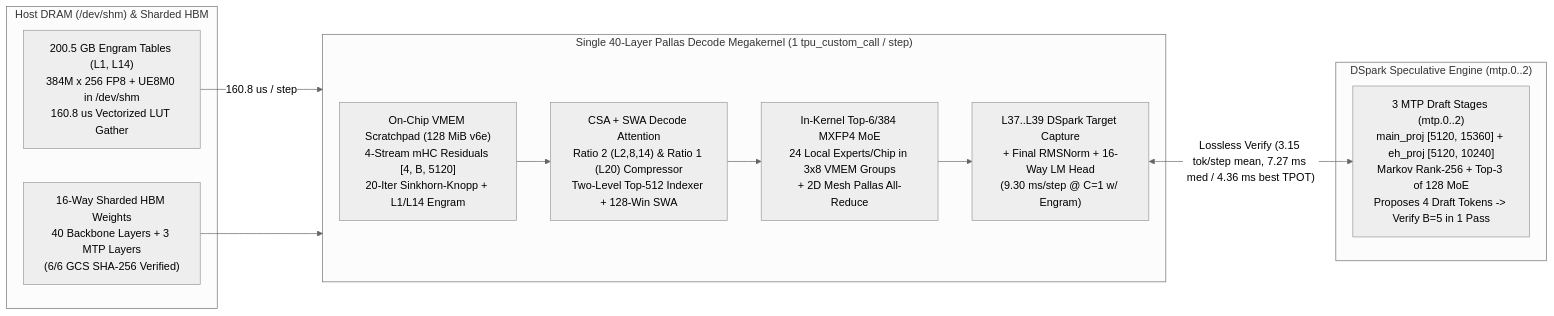
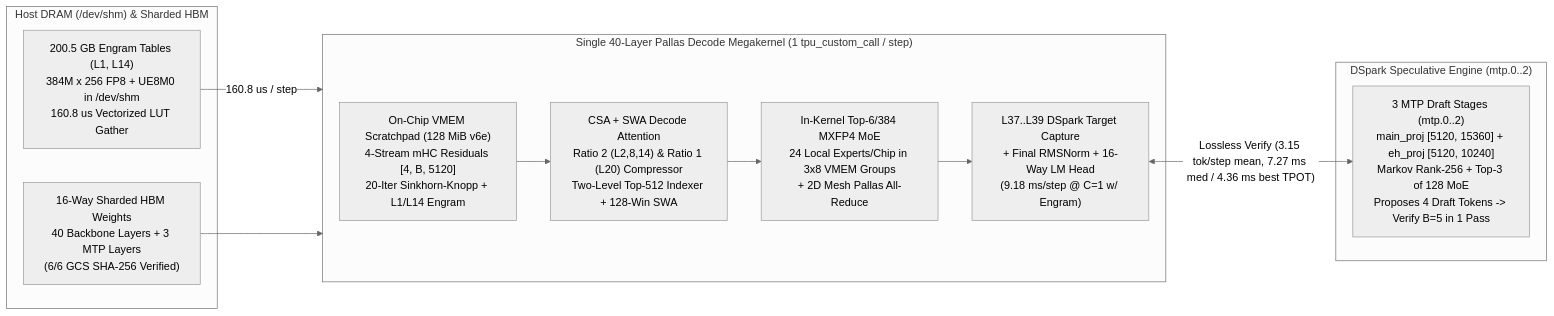
One commit to jawadaminGOOG/DSV4-Flash-Deployment changed the diagram in models/DeepSeekV4.1-Flash-v6e16/megakernel-recipe/README.md. Above: the diagram before and after it, drawn with Mermaid (neutral theme). The commit also changed other lines of this file and 12 other files, not shown here.

Commit message:
Peer-review verified: live 200.5 GB Engram in 40L Pallas megakernel & DSpark + unified 3-recipe charts

````diff
--- a/models/DeepSeekV4.1-Flash-v6e16/megakernel-recipe/README.md
+++ b/models/DeepSeekV4.1-Flash-v6e16/megakernel-recipe/README.md
@@ -39,23 +39,23 @@
 ```mermaid
 flowchart LR
     subgraph Host["Host DRAM (/dev/shm) & Sharded HBM"]
         ENG["200.5 GB Engram Tables (L1, L14)\n384M x 256 FP8 + UE8M0 in /dev/shm\n160.8 us Vectorized LUT Gather"]
         CKPT["16-Way Sharded HBM Weights\n40 Backbone Layers + 3 MTP Layers\n(6/6 GCS SHA-256 Verified)"]
     end
 
     subgraph Pallas["Single 40-Layer Pallas Decode Megakernel (1 tpu_custom_call / step)"]
         VMEM["On-Chip VMEM Scratchpad (128 MiB v6e)\n4-Stream mHC Residuals [4, B, 5120]\n20-Iter Sinkhorn-Knopp + L1/L14 Engram"]
         ATTN["CSA + SWA Decode Attention\nRatio 2 (L2,8,14) & Ratio 1 (L20) Compressor\nTwo-Level Top-512 Indexer + 128-Win SWA"]
         MOE["In-Kernel Top-6/384 MXFP4 MoE\n24 Local Experts/Chip in 3x8 VMEM Groups\n+ 2D Mesh Pallas All-Reduce"]
-        HEAD["L37..L39 DSpark Target Capture\n+ Final RMSNorm + 16-Way LM Head\n(9.30 ms/step @ C=1 w/ Engram)"]
+        HEAD["L37..L39 DSpark Target Capture\n+ Final RMSNorm + 16-Way LM Head\n(9.18 ms/step @ C=1 w/ Engram)"]
         VMEM --> ATTN --> MOE --> HEAD
     end
 
     subgraph DSpark["DSpark Speculative Engine (mtp.0..2)"]
         MTP["3 MTP Draft Stages (mtp.0..2)\nmain_proj [5120, 15360] + eh_proj [5120, 10240]\nMarkov Rank-256 + Top-3 of 128 MoE\nProposes 4 Draft Tokens -> Verify B=5 in 1 Pass"]
     end
 
     ENG -->|"160.8 us / step"| Pallas
     CKPT --> Pallas
     HEAD <-->|"Lossless Verify (3.15 tok/step mean, 7.27 ms med / 4.36 ms best TPOT)"| MTP
 ```
````
